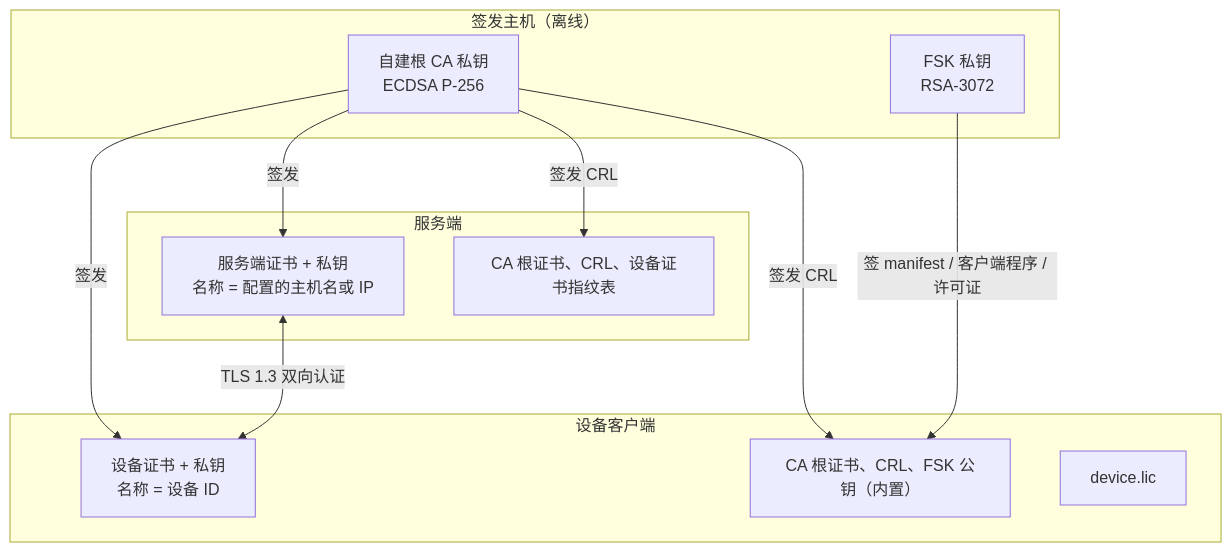
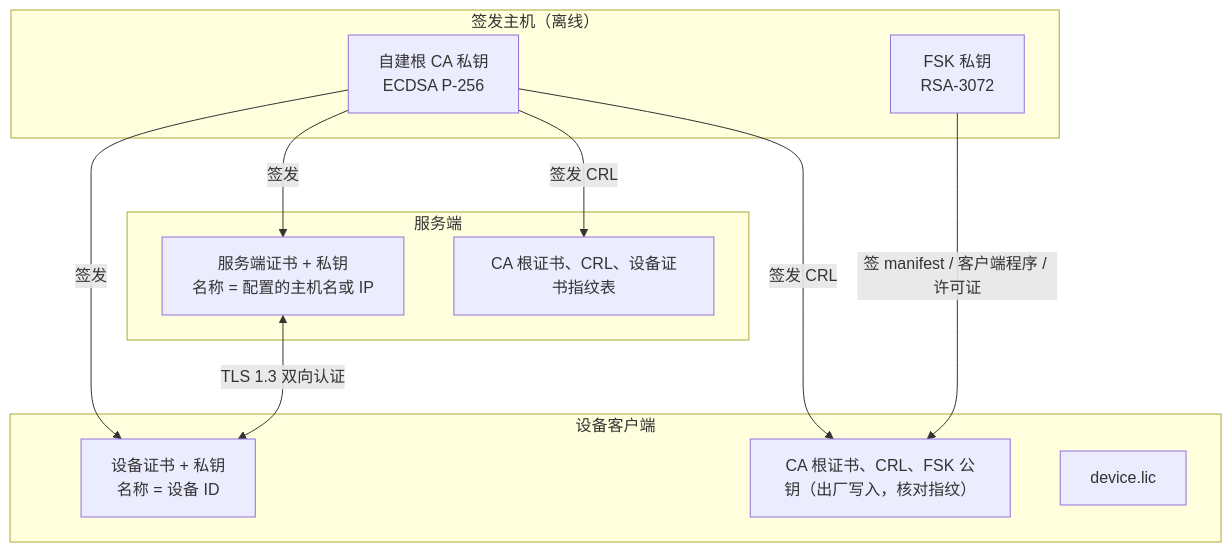
The tenth of 11 diagrams in docs/系统设计说明书.md (ahu-iii/firmware-distribution-system), drawn with Mermaid before and after one commit. The commit also changed other lines of this file and 43 other files, not shown here.

````diff
--- a/docs/系统设计说明书.md
+++ b/docs/系统设计说明书.md
@@ -581,22 +592,22 @@
 ```mermaid
 flowchart TB
     subgraph SignerHost["签发主机（离线）"]
         CA["自建根 CA 私钥<br/>ECDSA P-256"]
         FSK["FSK 私钥<br/>RSA-3072"]
     end
     subgraph ServerHost["服务端"]
         SCert["服务端证书 + 私钥<br/>名称 = 配置的主机名或 IP"]
         Trust1["CA 根证书、CRL、设备证书指纹表"]
     end
     subgraph Device["设备客户端"]
         DCert["设备证书 + 私钥<br/>名称 = 设备 ID"]
-        Trust2["CA 根证书、CRL、FSK 公钥（内置）"]
+        Trust2["CA 根证书、CRL、FSK 公钥（出厂写入，核对指纹）"]
         Lic["device.lic"]
     end
     CA -->|签发| SCert
     CA -->|签发| DCert
     CA -->|签发 CRL| Trust1
     CA -->|签发 CRL| Trust2
     FSK -->|"签 manifest / 客户端程序 / 许可证"| Trust2
     SCert <-->|"TLS 1.3 双向认证"| DCert
 ```
````
